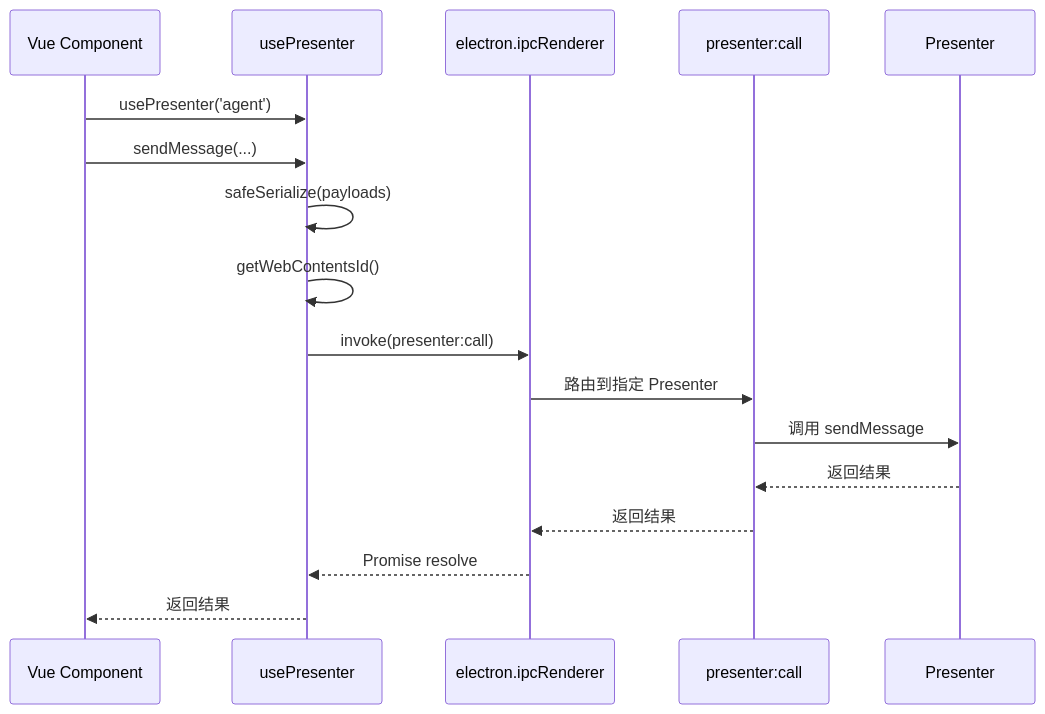
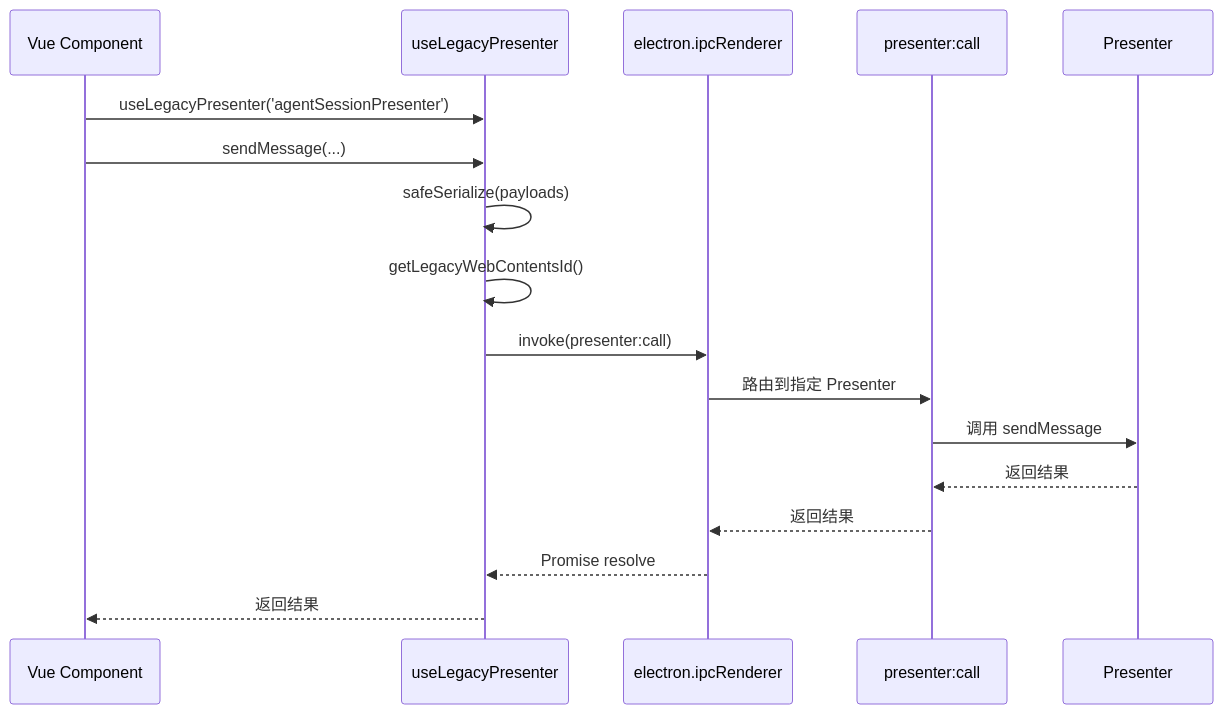
One commit to ThinkInAIXYZ/deepchat changed the fifth of 5 diagrams in docs/architecture/event-system.md. Above: the diagram before and after it, drawn with Mermaid. The commit also changed other lines of this file and 88 other files, not shown here.

````diff
--- a/docs/architecture/event-system.md
+++ b/docs/architecture/event-system.md
@@ -682,20 +682,20 @@
 ```mermaid
 sequenceDiagram
     participant UI as Vue Component
-    participant UP as usePresenter
+    participant UP as useLegacyPresenter
     participant IPC as electron.ipcRenderer
     participant Router as presenter:call
     participant P as Presenter
 
-    UI->>UP: usePresenter('agent')
+    UI->>UP: useLegacyPresenter('agentSessionPresenter')
     UI->>UP: sendMessage(...)
     UP->>UP: safeSerialize(payloads)
-    UP->>UP: getWebContentsId()
+    UP->>UP: getLegacyWebContentsId()
     UP->>IPC: invoke(presenter:call)
     IPC->>Router: 路由到指定 Presenter
     Router->>P: 调用 sendMessage
     P-->>Router: 返回结果
     Router-->>IPC: 返回结果
     IPC-->>UP: Promise resolve
     UP-->>UI: 返回结果
 ```
````
